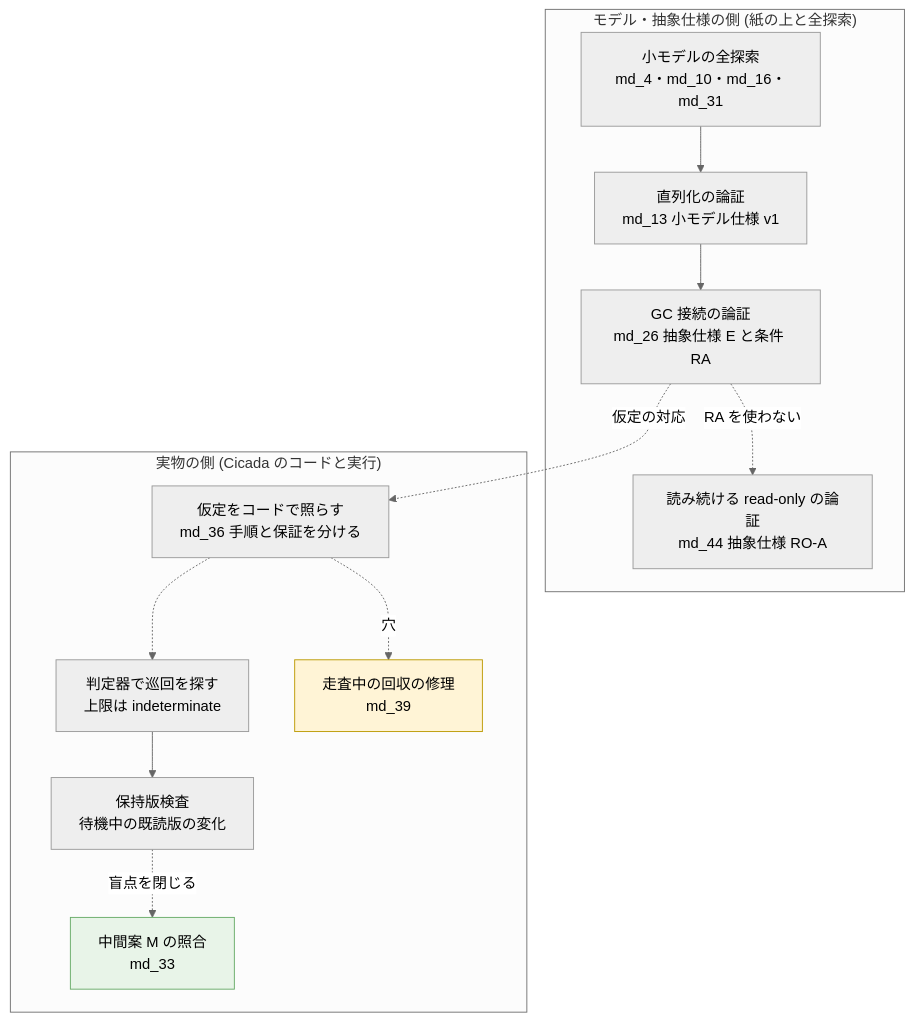
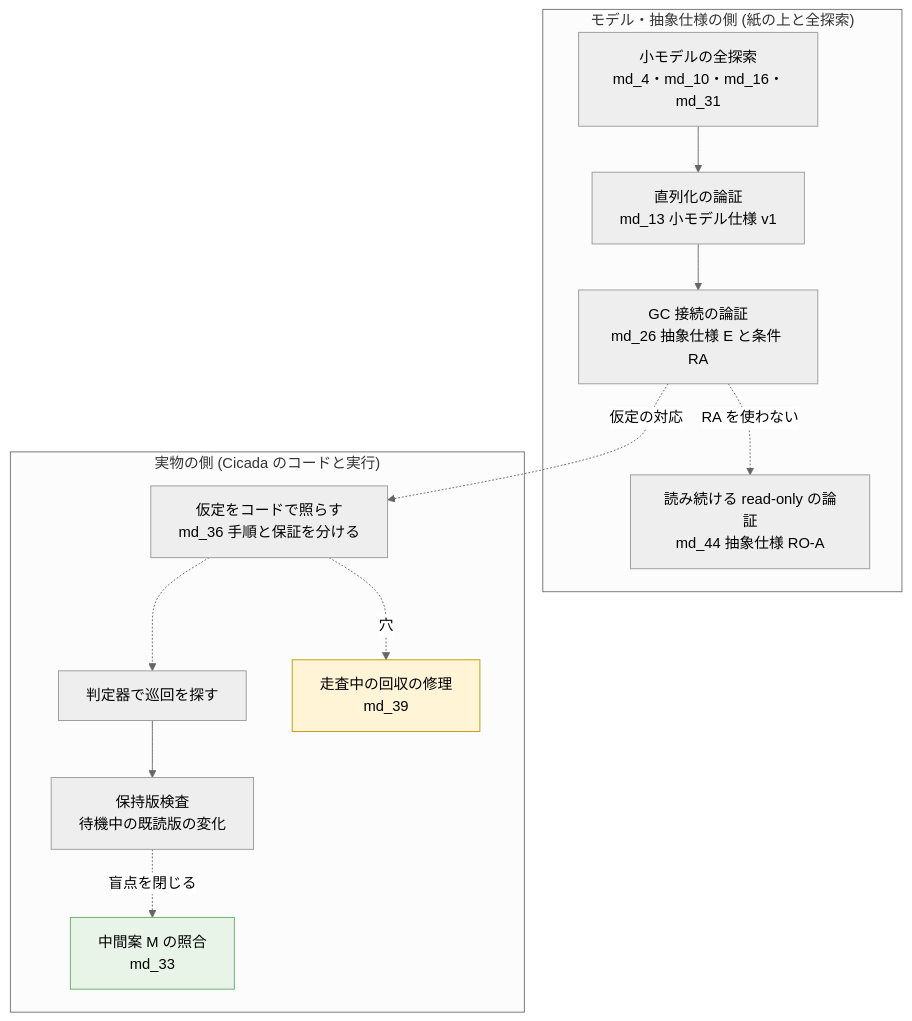
The tenth of 41 diagrams in docs/paper-story-vhash/2026-10-01.md (thawk105/izanagi), drawn with Mermaid (neutral theme) before and after one commit. The commit also changed other lines of this file and 4 other files, not shown here.

First line of the commit message:
docs(vhash): [T-2938]・[T-2958] 段 6 レビュー所見の直し (H1 の主指標、待ちの下限、S1 と S2 の比較相手、方策 b の分岐、3 版目の誤記 1 件、Mermaid の判定語)

````diff
--- a/docs/paper-story-vhash/2026-10-01.md
+++ b/docs/paper-story-vhash/2026-10-01.md
@@ -449,25 +451,25 @@
 ```mermaid
 flowchart TB
   subgraph M["モデル・抽象仕様の側 (紙の上と全探索)"]
     m4["小モデルの全探索<br/>md_4・md_10・md_16・md_31"]
     m13["直列化の論証<br/>md_13 小モデル仕様 v1"]
     m26["GC 接続の論証<br/>md_26 抽象仕様 E と条件 RA"]
     m44["読み続ける read-only の論証<br/>md_44 抽象仕様 RO-A"]
   end
   subgraph I["実物の側 (Cicada のコードと実行)"]
     code["仮定をコードで照らす<br/>md_36 手順と保証を分ける"]
-    v3["判定器で巡回を探す<br/>上限は indeterminate"]
+    v3["判定器で巡回を探す"]
     ret["保持版検査<br/>待機中の既読版の変化"]
     evm["中間案 M の照合<br/>md_33"]:::done
     fix["走査中の回収の修理<br/>md_39"]:::open
   end
   m4 --> m13 --> m26
   m26 -.仮定の対応.-> code
   code -.穴.-> fix
   code -.-> v3
   v3 --> ret
   ret -.盲点を閉じる.-> evm
   m26 -.RA を使わない.-> m44
   classDef done fill:#e8f4e8,stroke:#6a6
   classDef open fill:#fff4d6,stroke:#b90
 ```
````
